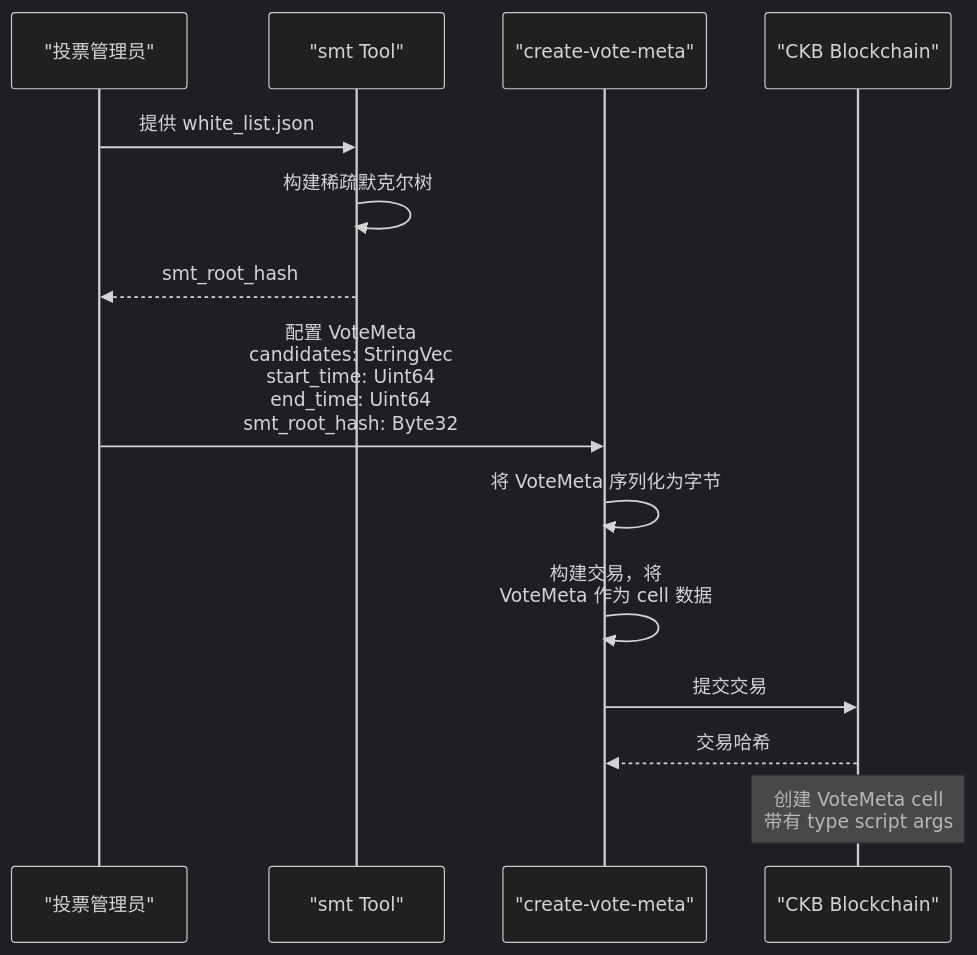
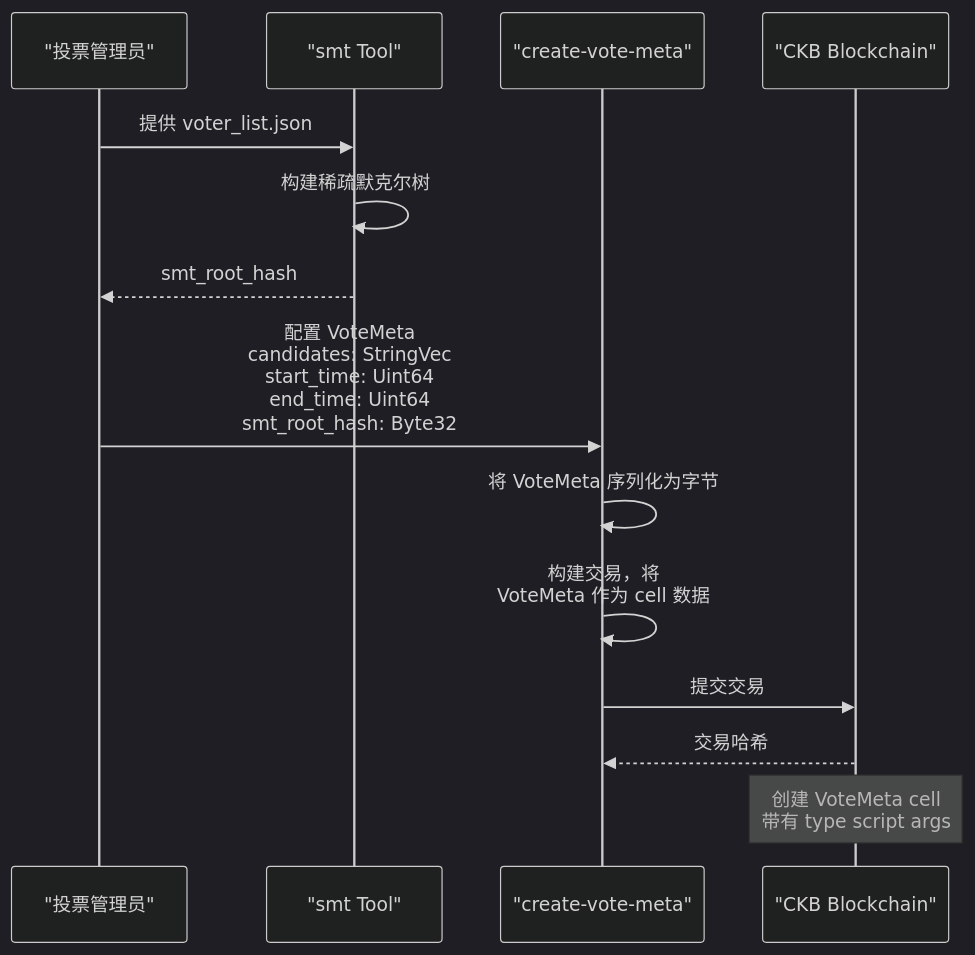
The second of 6 diagrams in content/docs/zh/developer-docs/architecture/vote.mdx (CCF-DAO1-1/ccfdao-v1.1-docs), drawn with Mermaid (dark theme) before and after one commit. The commit also changed other lines of this file and 7 other files, not shown here.

First line of the commit message:
docs: replace 'whitelist' terminology with 'voter list' throughout documentation

````diff
--- a/content/docs/zh/developer-docs/architecture/vote.mdx
+++ b/content/docs/zh/developer-docs/architecture/vote.mdx
@@ -88,21 +88,21 @@
 ```mermaid
 sequenceDiagram
     participant Admin as "投票管理员"
     participant SMT as "smt Tool"
     participant CreateMeta as "create-vote-meta"
     participant CKB as "CKB Blockchain"
     
-    Admin->>SMT: 提供 white_list.json
+    Admin->>SMT: 提供 voter_list.json
     SMT->>SMT: 构建稀疏默克尔树
     SMT-->>Admin: smt_root_hash
     
     Admin->>CreateMeta: 配置 VoteMeta<br/>candidates: StringVec<br/>start_time: Uint64<br/>end_time: Uint64<br/>smt_root_hash: Byte32
     
     CreateMeta->>CreateMeta: 将 VoteMeta 序列化为字节
     CreateMeta->>CreateMeta: 构建交易，将<br/>VoteMeta 作为 cell 数据
     
     CreateMeta->>CKB: 提交交易
     CKB-->>CreateMeta: 交易哈希
     
     Note over CKB: 创建 VoteMeta cell<br/>带有 type script args
 ```
````
